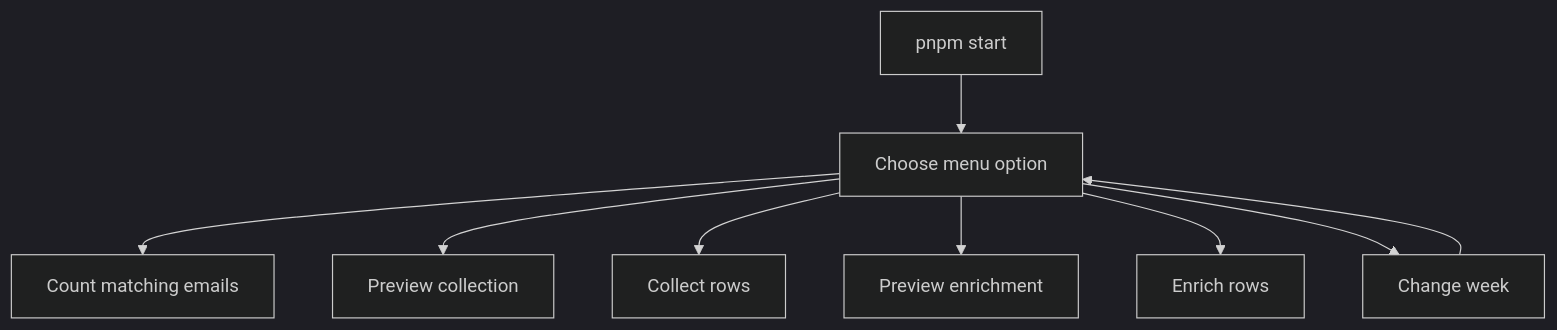
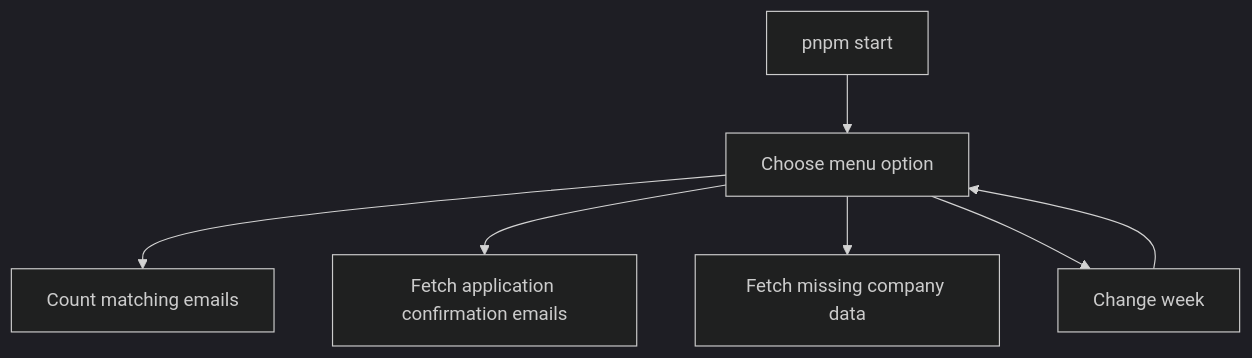
The first of 5 diagrams in README.md (idahotallpaul/work-search-reporter), drawn with Mermaid (dark theme) before and after one commit. The commit also changed other lines of this file and 5 other files, not shown here.

````diff
--- a/README.md
+++ b/README.md
@@ -15,11 +15,9 @@
 ```mermaid
 flowchart TD
   A["pnpm start"] --> B["Choose menu option"]
   B --> C["Count matching emails"]
-  B --> D["Preview collection"]
-  B --> E["Collect rows"]
-  B --> F["Preview enrichment"]
-  B --> G["Enrich rows"]
-  B --> H["Change week"]
-  H --> B
+  B --> D["Fetch application confirmation emails"]
+  B --> E["Fetch missing company data"]
+  B --> F["Change week"]
+  F --> B
 ```
````
